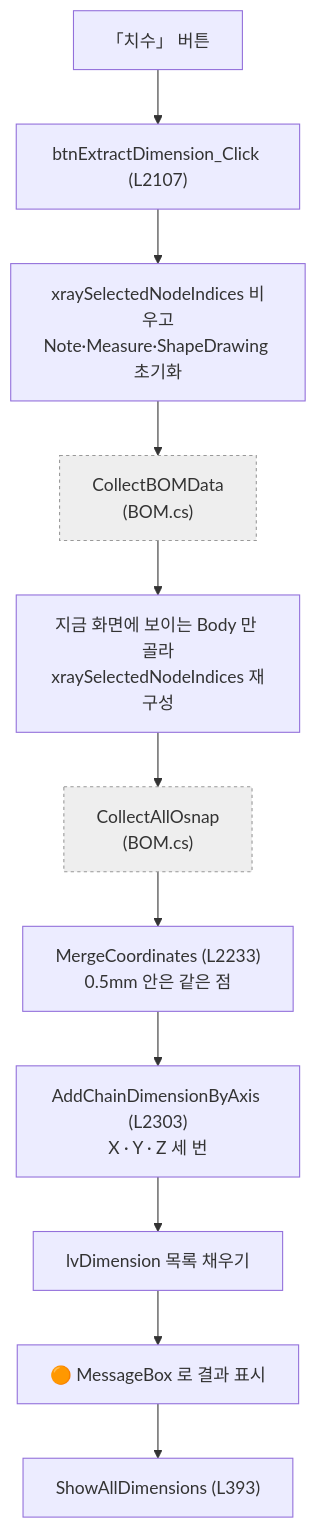
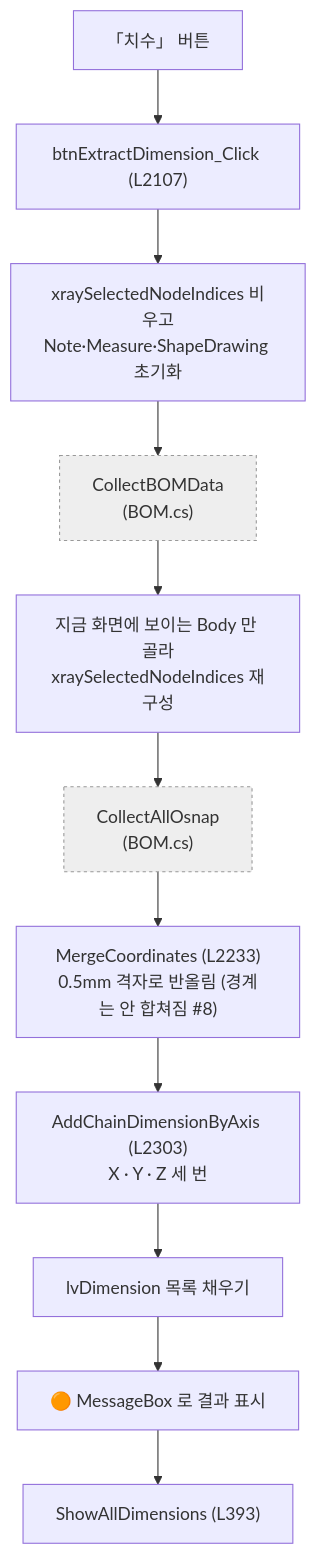
One commit to uuuuj/a2z changed the first of 2 diagrams in docs/코드분석/파일별/Form1.Dimensions.md. Above: the diagram before and after it, drawn with Mermaid. The commit also changed other lines of this file and 5 other files, not shown here.

````diff
--- a/docs/코드분석/파일별/Form1.Dimensions.md
+++ b/docs/코드분석/파일별/Form1.Dimensions.md
@@ -55,14 +55,14 @@
 ```mermaid
 flowchart TD
     A["「치수」 버튼"] --> B["btnExtractDimension_Click (L2107)"]
     B --> C["xraySelectedNodeIndices 비우고<br/>Note·Measure·ShapeDrawing 초기화"]
     C --> D["CollectBOMData<br/>(BOM.cs)"]:::other
     D --> E["지금 화면에 보이는 Body 만 골라<br/>xraySelectedNodeIndices 재구성"]
     E --> F["CollectAllOsnap<br/>(BOM.cs)"]:::other
-    F --> G["MergeCoordinates (L2233)<br/>0.5mm 안은 같은 점"]
+    F --> G["MergeCoordinates (L2233)<br/>0.5mm 격자로 반올림 (경계는 안 합쳐짐 #8)"]
     G --> H["AddChainDimensionByAxis (L2303)<br/>X · Y · Z 세 번"]
     H --> I["lvDimension 목록 채우기"]
     I --> J["🟠 MessageBox 로 결과 표시"]
     J --> K["ShowAllDimensions (L393)"]
     classDef other fill:#eee,stroke:#999,stroke-dasharray:3
 ```
````
